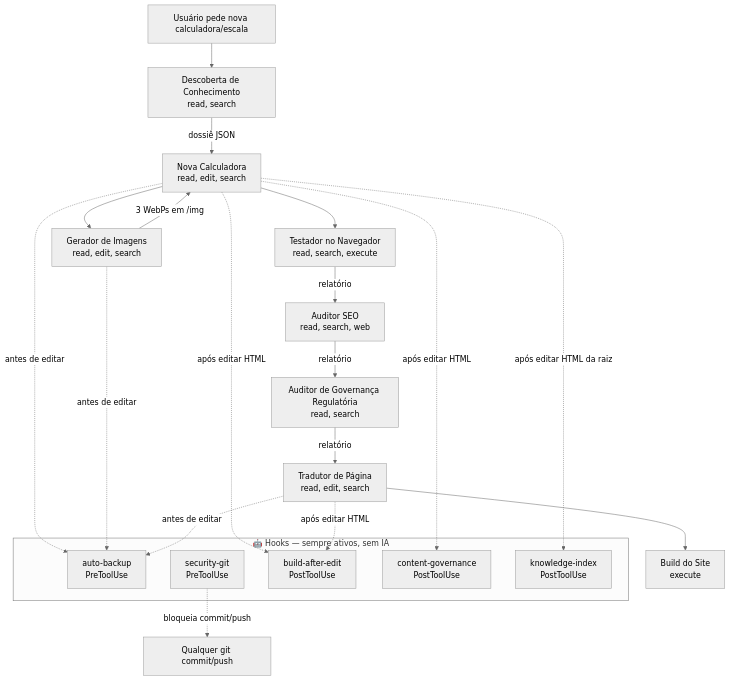
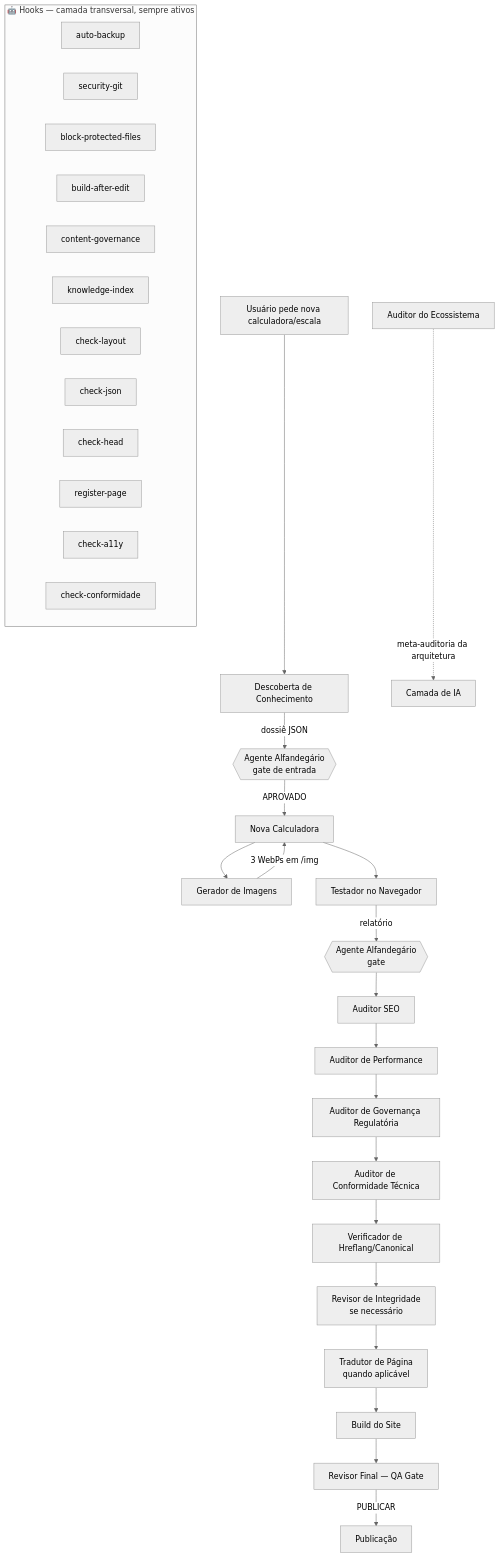
The diagram in CATALOGO_DOS_AGENTES_E_HOOKS/FLUXO_DE_COMPLEMENTARIDADE.md (kauesp0007/calculadoras-de-enfermagem), drawn with Mermaid (neutral theme) before and after one commit. The commit also changed other lines of this file and 19 other files, not shown here.

````diff
--- a/CATALOGO_DOS_AGENTES_E_HOOKS/FLUXO_DE_COMPLEMENTARIDADE.md
+++ b/CATALOGO_DOS_AGENTES_E_HOOKS/FLUXO_DE_COMPLEMENTARIDADE.md
@@ -18,29 +21,28 @@
 ```mermaid
 flowchart TD
-    U[Usuário pede nova calculadora/escala] --> DC[Descoberta de Conhecimento<br/>read, search]
-    DC -->|dossiê JSON| NC[Nova Calculadora<br/>read, edit, search]
-    NC --> GI[Gerador de Imagens<br/>read, edit, search]
+    U[Usuário pede nova calculadora/escala] --> DC[Descoberta de Conhecimento]
+    DC -->|dossiê JSON| AF1{{Agente Alfandegário<br/>gate de entrada}}
+    AF1 -->|APROVADO| NC[Nova Calculadora]
+    NC --> GI[Gerador de Imagens]
     GI -->|3 WebPs em /img| NC
-    NC --> TB[Testador no Navegador<br/>read, search, execute]
-    TB -->|relatório| AS[Auditor SEO<br/>read, search, web]
-    AS -->|relatório| AG[Auditor de Governança Regulatória<br/>read, search]
-    AG -->|relatório| TP[Tradutor de Página<br/>read, edit, search]
-    TP --> BD[Build do Site<br/>execute]
+    NC --> TB[Testador no Navegador]
+    TB -->|relatório| AF2{{Agente Alfandegário<br/>gate}}
+    AF2 --> AS[Auditor SEO]
+    AS --> AP[Auditor de Performance]
+    AP --> AG[Auditor de Governança Regulatória]
+    AG --> CT[Auditor de Conformidade Técnica]
+    CT --> VH[Verificador de Hreflang/Canonical]
+    VH --> RI[Revisor de Integridade<br/>se necessário]
+    RI --> TR[Tradutor de Página<br/>quando aplicável]
+    TR --> BD[Build do Site]
+    BD --> RF[Revisor Final — QA Gate]
+    RF -->|PUBLICAR| P[Publicação]
+    AE[Auditor do Ecossistema] -.->|meta-auditoria da arquitetura| SYS[Camada de IA]
 
-    subgraph HOOKS[🤖 Hooks — sempre ativos, sem IA]
-        H1[auto-backup<br/>PreToolUse]
-        H2[security-git<br/>PreToolUse]
-        H3[build-after-edit<br/>PostToolUse]
-        H4[content-governance<br/>PostToolUse]
-        H5[knowledge-index<br/>PostToolUse]
+    subgraph HOOKS[🤖 Hooks — camada transversal, sempre ativos]
+        H1[auto-backup] ; H2[security-git] ; H3[block-protected-files]
+        H4[build-after-edit] ; H5[content-governance] ; H6[knowledge-index]
+        H7[check-layout] ; H8[check-json] ; H9[check-head]
+        H10[register-page] ; H11[check-a11y] ; H12[check-conformidade]
     end
-
-    NC -.->|antes de editar| H1
-    GI -.->|antes de editar| H1
-    TP -.->|antes de editar| H1
-    NC -.->|após editar HTML| H3
-    TP -.->|após editar HTML| H3
-    NC -.->|após editar HTML| H4
-    NC -.->|após editar HTML da raiz| H5
-    H2 -.->|bloqueia commit/push| ALL[Qualquer git commit/push]
 ```
````
